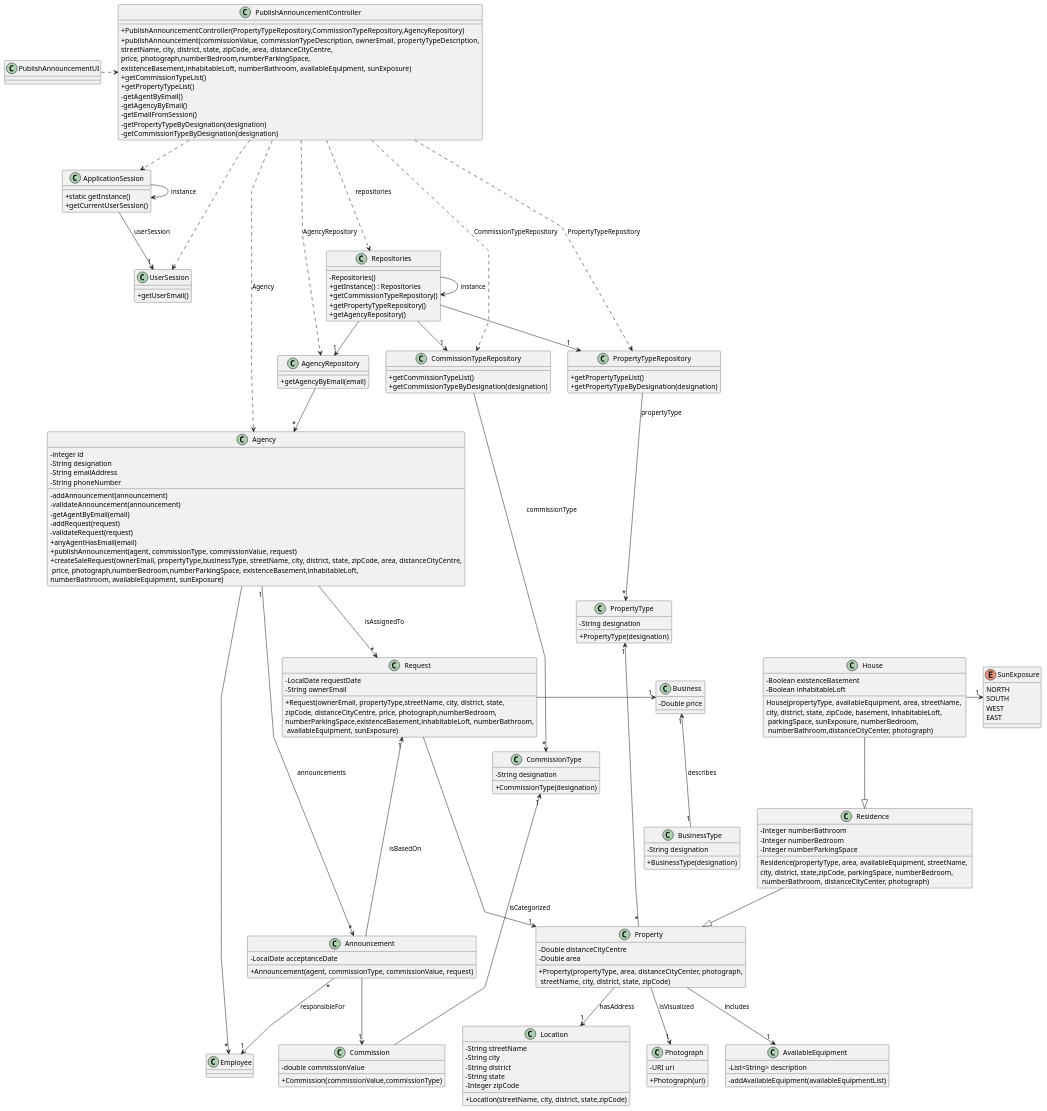
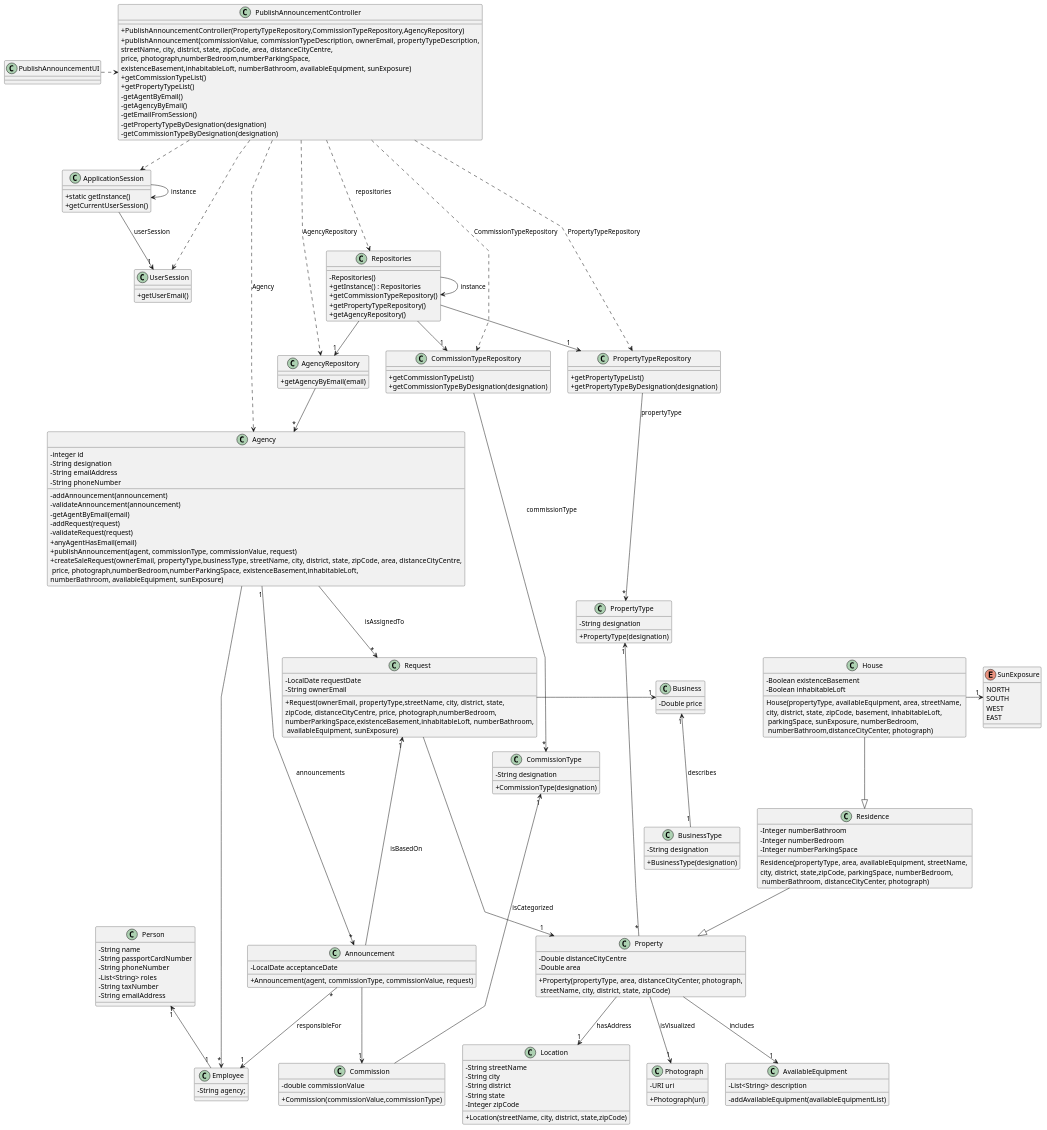
One commit to rita-barbosa/LAPR2-2223 changed the diagram in docs/sprintB/us002/03.design/puml/us002-class-diagram.puml. Above: the diagram before and after it, drawn with PlantUML. The commit also changed 19 other files, not shown here.

```diff
--- a/docs/sprintB/us002/03.design/puml/us002-class-diagram.puml
+++ b/docs/sprintB/us002/03.design/puml/us002-class-diagram.puml
@@ -46,6 +46,7 @@
 }
 
 class Employee {
+- String agency;
 }
 
 class Announcement {
@@ -132,6 +133,14 @@
 - String designation
 + BusinessType(designation)
 }
+class Person{
+- String name
+- String passportCardNumber
+- String phoneNumber
+- List<String> roles
+- String taxNumber
+- String emailAddress
+}
 class Residence
 {
     - Integer numberBathroom
@@ -188,5 +197,5 @@
     Residence --|> Property
     House --|> Residence
     House -> "1" SunExposure
-
+    Person "1" <-- "1" Employee
 @enduml
```
